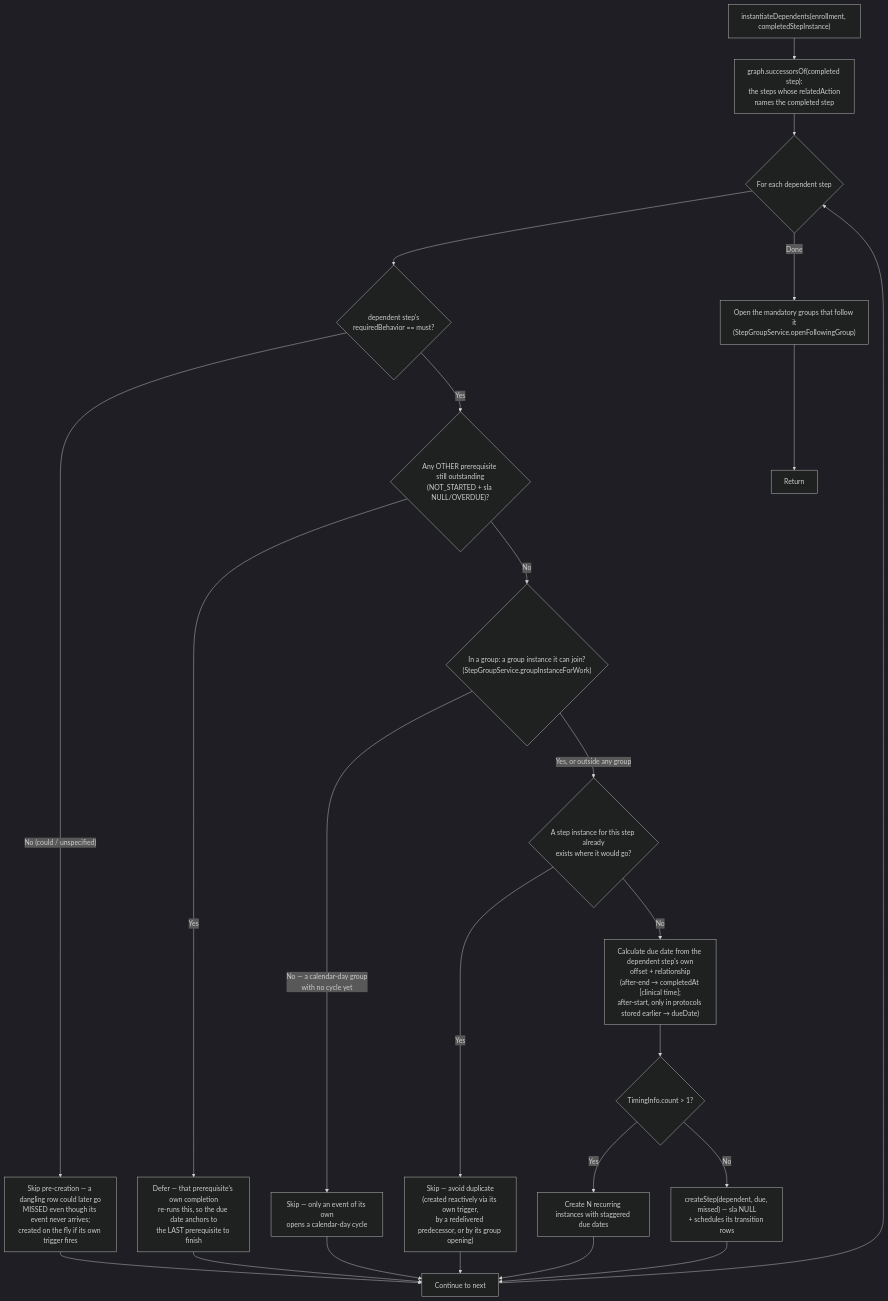
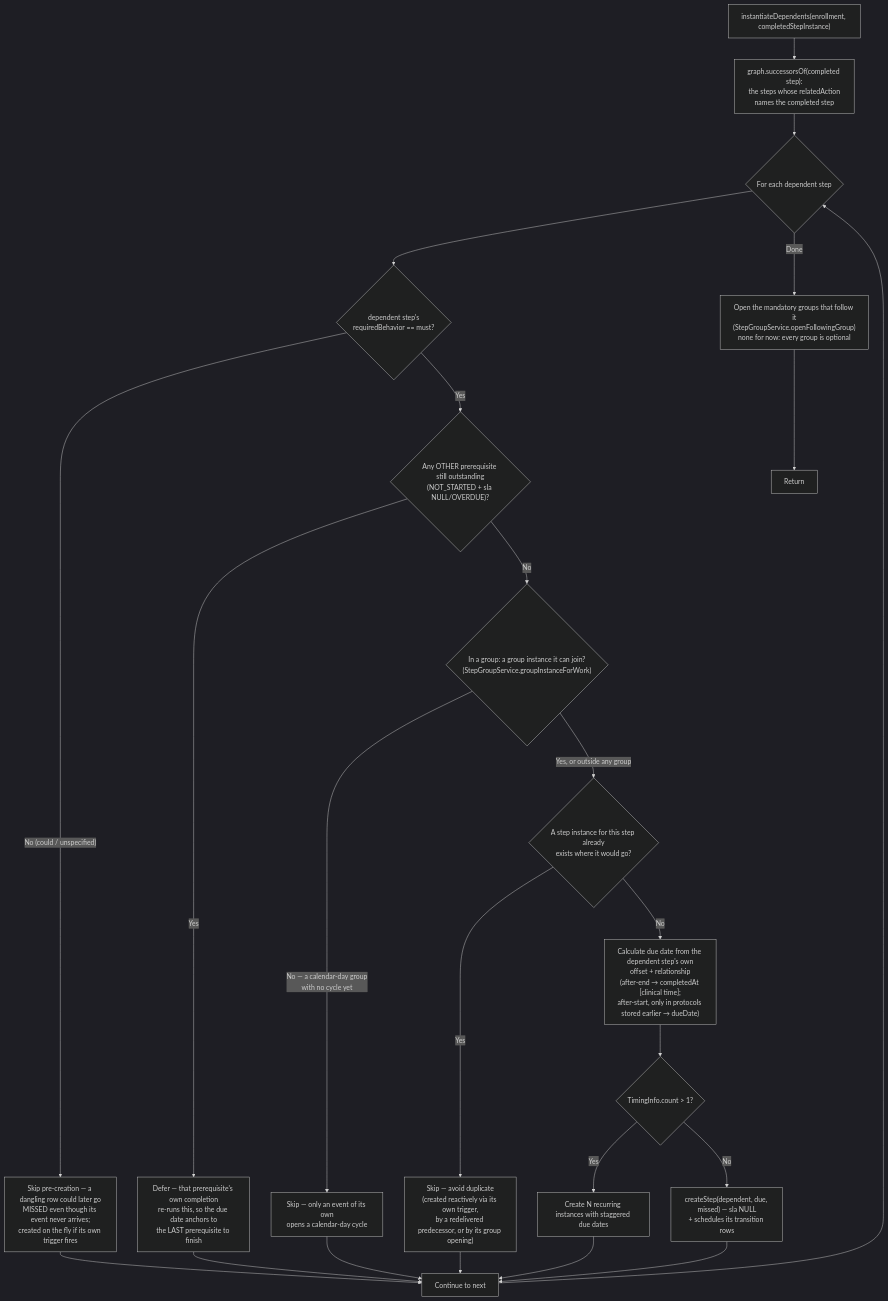
Before and after one commit to Jayaprakash8887/cce-matcher-service: the tenth of 11 diagrams in docs/flow-diagrams.md, drawn with Mermaid (dark theme). The commit also changed other lines of this file and 5 other files, not shown here.

First line of the commit message:
CCE-135: every step group is optional for now; draft Rwanda outpatient protocol

````diff
--- a/docs/flow-diagrams.md
+++ b/docs/flow-diagrams.md
@@ -478,28 +478,28 @@
 ```mermaid
 flowchart TD
     START["instantiateDependents(enrollment, completedStepInstance)"] --> FIND["graph.successorsOf(completed step):<br/>the steps whose relatedAction<br/>names the completed step"]
     FIND --> LOOP{"For each dependent step"}
     LOOP --> MUST{"dependent step's<br/>requiredBehavior == must?"}
     MUST -->|"No (could / unspecified)"| SKIP2["Skip pre-creation — a dangling row could later go<br/>MISSED even though its event never arrives;<br/>created on the fly if its own trigger fires"]
     MUST -->|"Yes"| FANIN{"Any OTHER prerequisite still outstanding<br/>(NOT_STARTED + sla NULL/OVERDUE)?"}
     FANIN -->|"Yes"| SKIP3["Defer — that prerequisite's own completion<br/>re-runs this, so the due date anchors to<br/>the LAST prerequisite to finish"]
     FANIN -->|"No"| GROUP{"In a group: a group instance it can join?<br/>(StepGroupService.groupInstanceForWork)"}
     GROUP -->|"No — a calendar-day group<br/>with no cycle yet"| SKIP4["Skip — only an event of its own<br/>opens a calendar-day cycle"]
     GROUP -->|"Yes, or outside any group"| DEDUP{"A step instance for this step already<br/>exists where it would go?"}
     DEDUP -->|"Yes"| SKIP["Skip — avoid duplicate<br/>(created reactively via its own trigger,<br/>by a redelivered predecessor, or by its group opening)"]
     DEDUP -->|"No"| CALC["Calculate due date from the dependent step's own<br/>offset + relationship<br/>(after-end → completedAt [clinical time];<br/>after-start, only in protocols stored earlier → dueDate)"]
     CALC --> RECURRING{"TimingInfo.count > 1?"}
 
     RECURRING -->|"Yes"| MULTI["Create N recurring instances with staggered due dates"]
     RECURRING -->|"No"| SINGLE["createStep(dependent, due, missed) — sla NULL<br/>+ schedules its transition rows"]
 
     MULTI --> NEXT["Continue to next"]
     SINGLE --> NEXT
     SKIP --> NEXT
     SKIP2 --> NEXT
     SKIP3 --> NEXT
     SKIP4 --> NEXT
     NEXT --> LOOP
-    LOOP -->|"Done"| GROUPS["Open the mandatory groups that follow it<br/>(StepGroupService.openFollowingGroup)"]
+    LOOP -->|"Done"| GROUPS["Open the mandatory groups that follow it<br/>(StepGroupService.openFollowingGroup)<br/>none for now: every group is optional"]
     GROUPS --> END["Return"]
 ```
````
